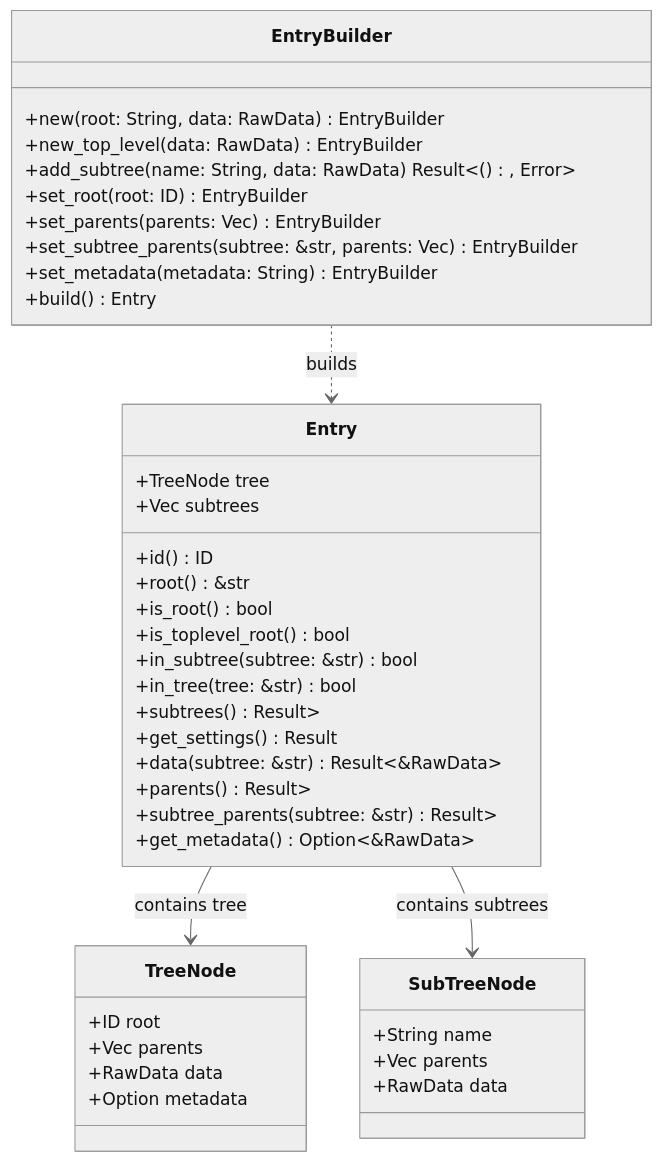
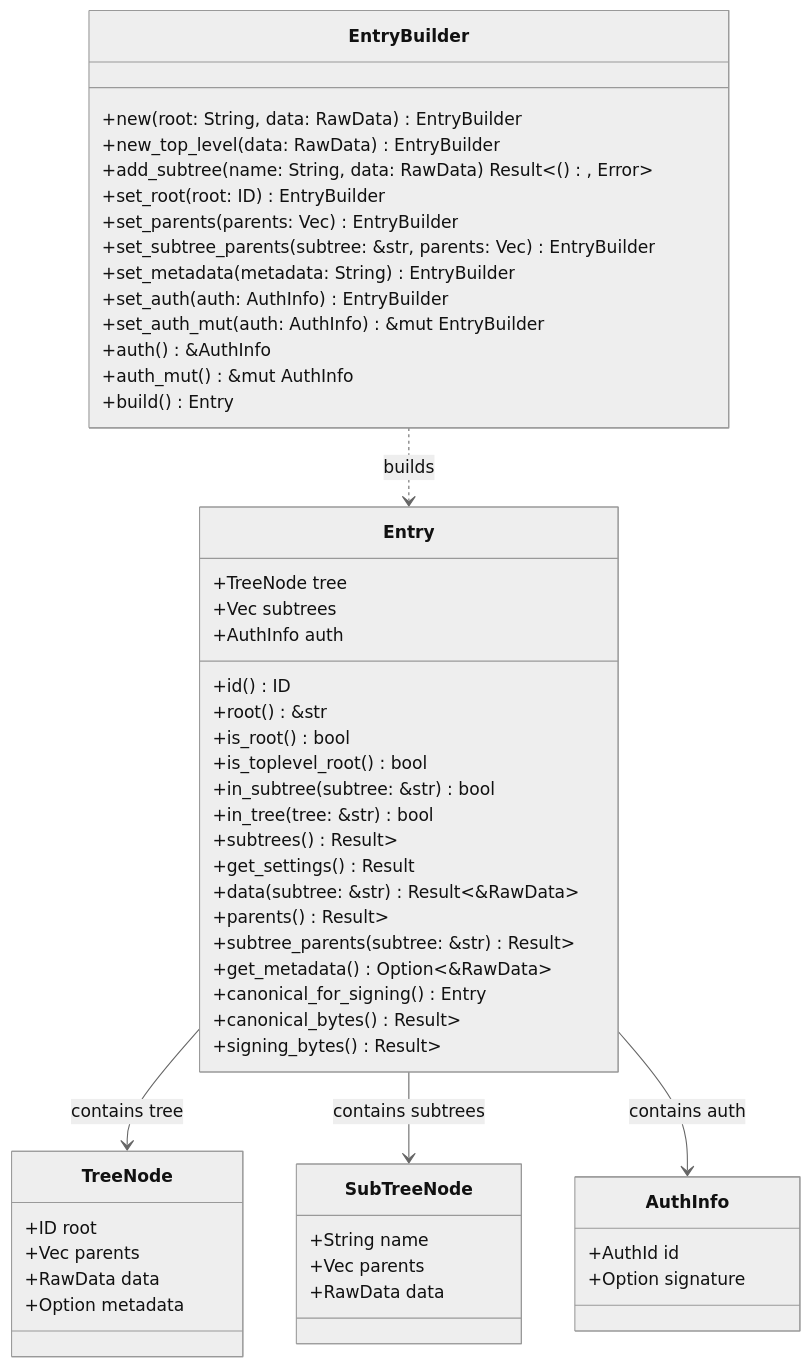
Before and after one commit to arcuru/eidetica: the diagram in docs/src/internal/core_components/entry.md, drawn with Mermaid (neutral theme). The commit also changed other lines of this file and 7 other files, not shown here.

````diff
--- a/docs/src/internal/core_components/entry.md
+++ b/docs/src/internal/core_components/entry.md
@@ -27,47 +32,61 @@
 ```mermaid
 classDiagram
     class EntryBuilder {
         +new(root: String, data: RawData) EntryBuilder
         +new_top_level(data: RawData) EntryBuilder
         +add_subtree(name: String, data: RawData) Result<(), Error>
         +set_root(root: ID) EntryBuilder
         +set_parents(parents: Vec<ID>) EntryBuilder
         +set_subtree_parents(subtree: &str, parents: Vec<ID>) EntryBuilder
         +set_metadata(metadata: String) EntryBuilder
+        +set_auth(auth: AuthInfo) EntryBuilder
+        +set_auth_mut(auth: AuthInfo) &mut EntryBuilder
+        +auth() &AuthInfo
+        +auth_mut() &mut AuthInfo
         +build() Entry
     }
 
     class Entry {
         +TreeNode tree
         +Vec<SubTreeNode> subtrees
+        +AuthInfo auth
         +id() ID
         +root() &str
         +is_root() bool
         +is_toplevel_root() bool
         +in_subtree(subtree: &str) bool
         +in_tree(tree: &str) bool
         +subtrees() Result<Vec<String>>
         +get_settings() Result<RawData>
         +data(subtree: &str) Result<&RawData>
         +parents() Result<Vec<ID>>
         +subtree_parents(subtree: &str) Result<Vec<ID>>
         +get_metadata() Option<&RawData>
+        +canonical_for_signing() Entry
+        +canonical_bytes() Result<Vec<u8>>
+        +signing_bytes() Result<Vec<u8>>
     }
 
     class TreeNode {
         +ID root
         +Vec<ID> parents
         +RawData data
         +Option<RawData> metadata
     }
 
     class SubTreeNode {
         +String name
         +Vec<ID> parents
         +RawData data
     }
 
+    class AuthInfo {
+        +AuthId id
+        +Option<String> signature
+    }
+
     EntryBuilder ..> Entry : builds
     Entry --> TreeNode : contains tree
     Entry --> SubTreeNode : contains subtrees
+    Entry --> AuthInfo : contains auth
 ```
````
